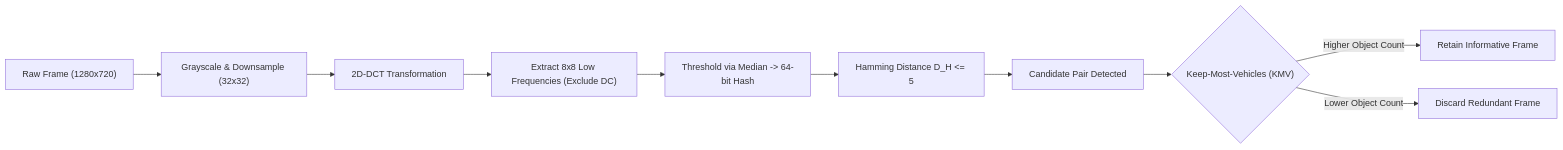
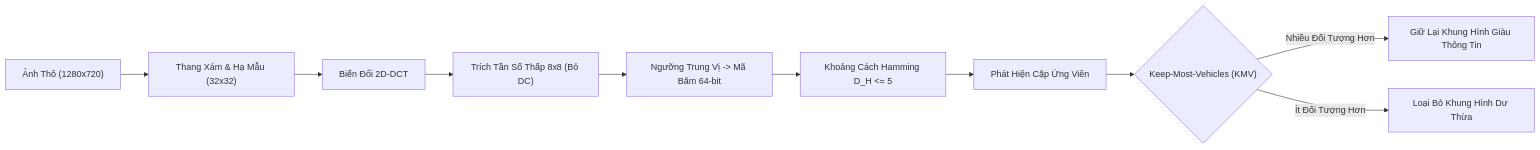
The diagram in docs/experiments/01_fast_dedup.md (Wanlee199/bdd10k-hitl-simulator-web), drawn with Mermaid before and after one commit. The commit also changed other lines of this file and 13 other files, not shown here.

````diff
--- a/docs/experiments/01_fast_dedup.md
+++ b/docs/experiments/01_fast_dedup.md
@@ -52,12 +52,12 @@
 ```mermaid
 flowchart LR
-    A["Raw Frame (1280x720)"] --> B["Grayscale & Downsample (32x32)"]
-    B --> C["2D-DCT Transformation"]
-    C --> D["Extract 8x8 Low Frequencies (Exclude DC)"]
-    D --> E["Threshold via Median -> 64-bit Hash"]
-    E --> F["Hamming Distance D_H <= 5"]
-    F --> G["Candidate Pair Detected"]
+    A["Ảnh Thô (1280x720)"] --> B["Thang Xám & Hạ Mẫu (32x32)"]
+    B --> C["Biến Đổi 2D-DCT"]
+    C --> D["Trích Tần Số Thấp 8x8 (Bỏ DC)"]
+    D --> E["Ngưỡng Trung Vị -> Mã Băm 64-bit"]
+    E --> F["Khoảng Cách Hamming D_H <= 5"]
+    F --> G["Phát Hiện Cặp Ứng Viên"]
     G --> H{"Keep-Most-Vehicles (KMV)"}
-    H -->|Higher Object Count| I["Retain Informative Frame"]
-    H -->|Lower Object Count| J["Discard Redundant Frame"]
+    H -->|Nhiều Đối Tượng Hơn| I["Giữ Lại Khung Hình Giàu Thông Tin"]
+    H -->|Ít Đối Tượng Hơn| J["Loại Bỏ Khung Hình Dư Thừa"]
 ```
````
